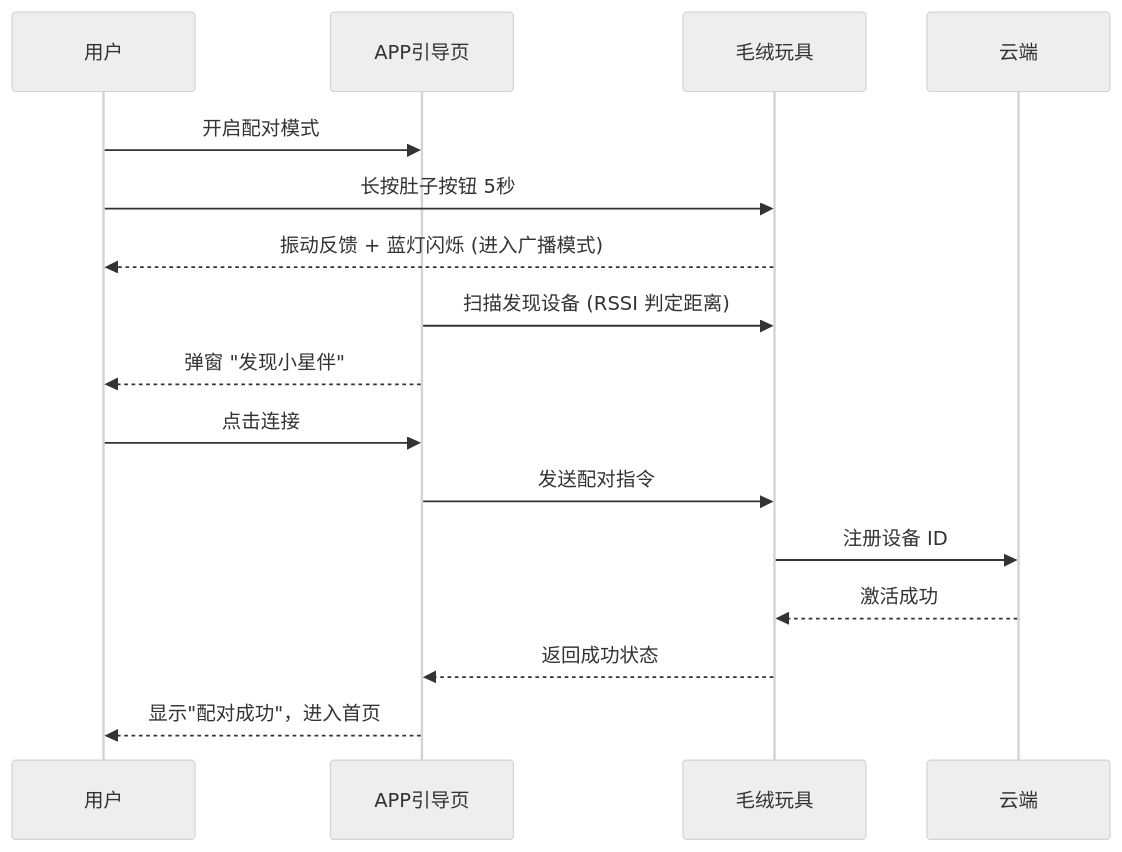
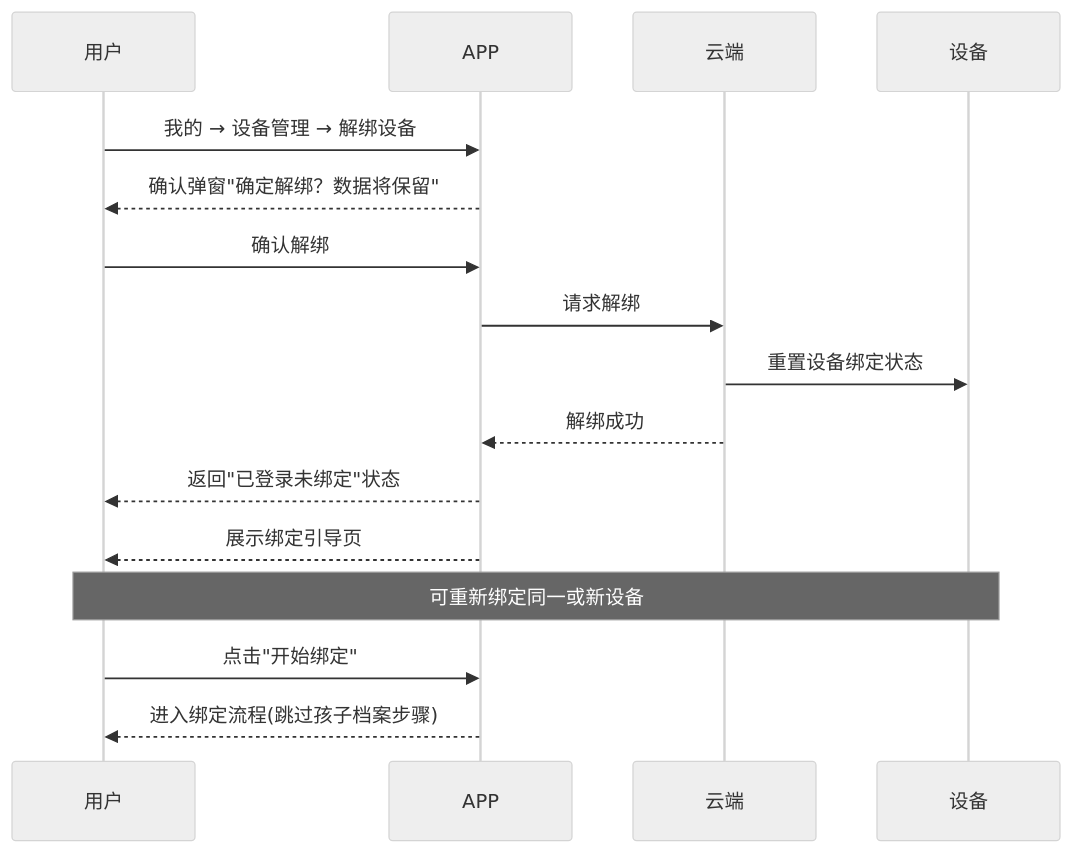
Before and after one commit to YZxyzz/Little-star: the sixth of 6 diagrams in docs/07-app-design/03-information-architecture.md, drawn with Mermaid (neutral theme). The commit also changed other lines of this file and 37 other files, not shown here.

````diff
--- a/docs/07-app-design/03-information-architecture.md
+++ b/docs/07-app-design/03-information-architecture.md
@@ -214,19 +557,20 @@
 ```mermaid
 sequenceDiagram
     participant User as 用户
-    participant App as APP引导页
-    participant Toy as 毛绒玩具
+    participant App as APP
     participant Cloud as 云端
+    participant Device as 设备
 
-    User->>App: 开启配对模式
-    User->>Toy: 长按肚子按钮 5秒
-    Toy-->>User: 振动反馈 + 蓝灯闪烁 (进入广播模式)
-    App->>Toy: 扫描发现设备 (RSSI 判定距离)
-    App-->>User: 弹窗 "发现小星伴"
-    User->>App: 点击连接
-    App->>Toy: 发送配对指令
-    Toy->>Cloud: 注册设备 ID
-    Cloud-->>Toy: 激活成功
-    Toy-->>App: 返回成功状态
-    App-->>User: 显示"配对成功"，进入首页
+    User->>App: 我的 → 设备管理 → 解绑设备
+    App-->>User: 确认弹窗"确定解绑？数据将保留"
+    User->>App: 确认解绑
+    App->>Cloud: 请求解绑
+    Cloud->>Device: 重置设备绑定状态
+    Cloud-->>App: 解绑成功
+    App-->>User: 返回"已登录未绑定"状态
+    App-->>User: 展示绑定引导页
+    
+    Note over User,Device: 可重新绑定同一或新设备
+    User->>App: 点击"开始绑定"
+    App-->>User: 进入绑定流程(跳过孩子档案步骤)
 ```
````
